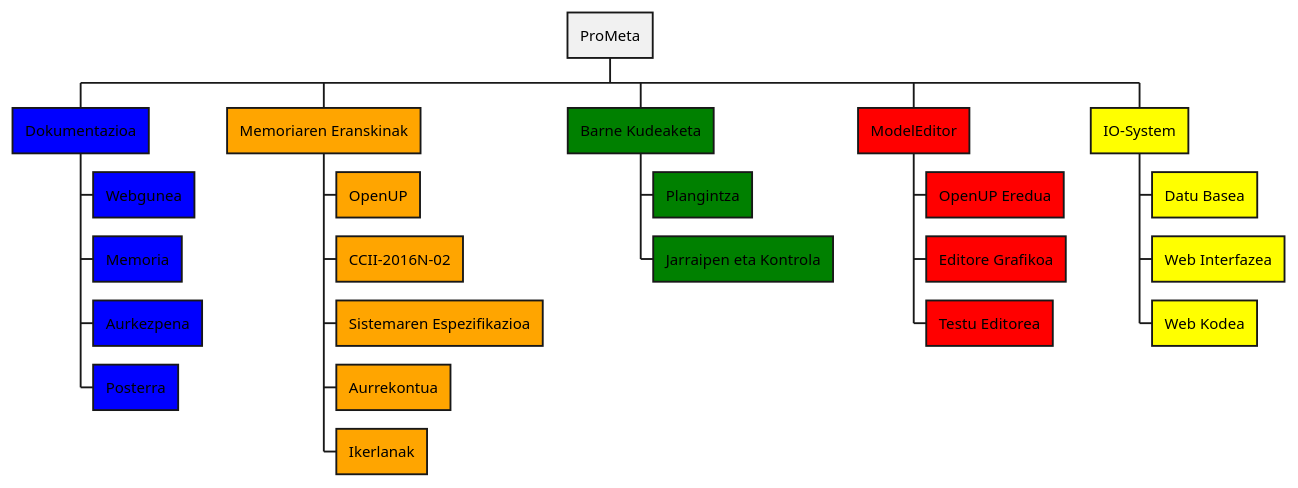
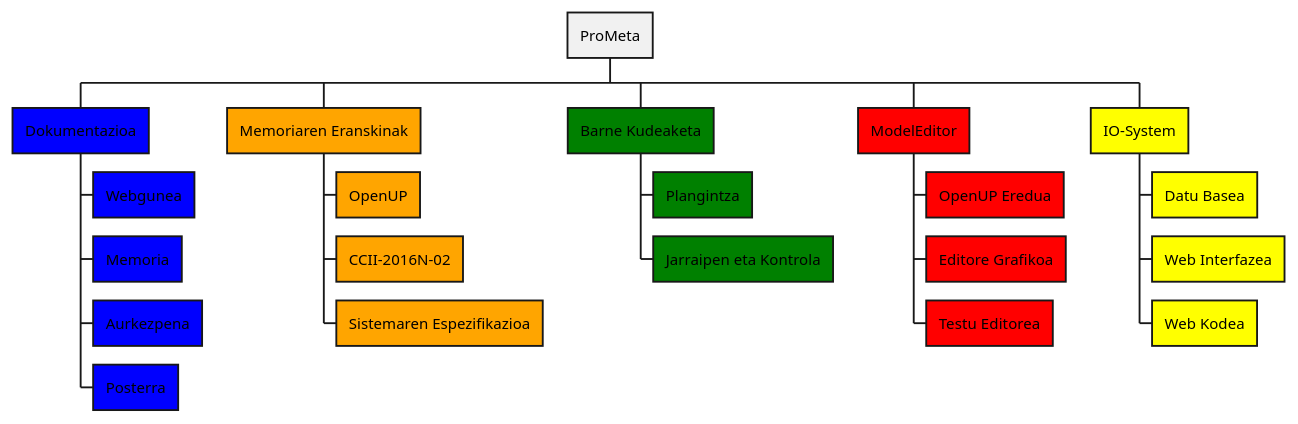
Before and after one commit to juletx/ProMeta: the diagram in Proiektua/PlantUML/LDE.pu, drawn with PlantUML. The commit also changed 7 other files, not shown here.

Commit message:
PlantUML doagramak eguneratu

```diff
--- a/Proiektua/PlantUML/LDE.pu
+++ b/Proiektua/PlantUML/LDE.pu
@@ -1,25 +1,23 @@
 @startwbs LDE
 * ProMeta
 **[#blue] Dokumentazioa
 ***[#blue] Webgunea
 ***[#blue] Memoria
 ***[#blue] Aurkezpena
 ***[#blue] Posterra
 **[#orange] Memoriaren Eranskinak
 ***[#orange] OpenUP
 ***[#orange] CCII-2016N-02
 ***[#orange] Sistemaren Espezifikazioa
-***[#orange] Aurrekontua
-***[#orange] Ikerlanak
 **[#green] Barne Kudeaketa
 ***[#green] Plangintza
 ***[#green] Jarraipen eta Kontrola
 **[#red] ModelEditor
 ***[#red] OpenUP Eredua
 ***[#red] Editore Grafikoa
 ***[#red] Testu Editorea
 **[#yellow] IO-System
 ***[#yellow] Datu Basea
 ***[#yellow] Web Interfazea
 ***[#yellow] Web Kodea
 @endwbs
```
